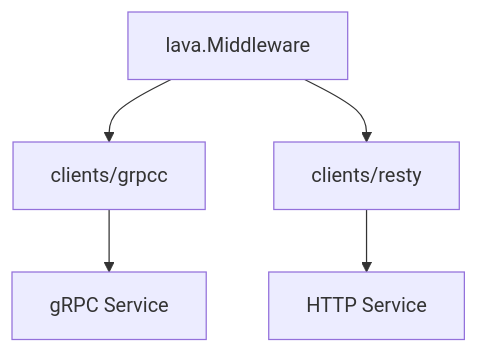
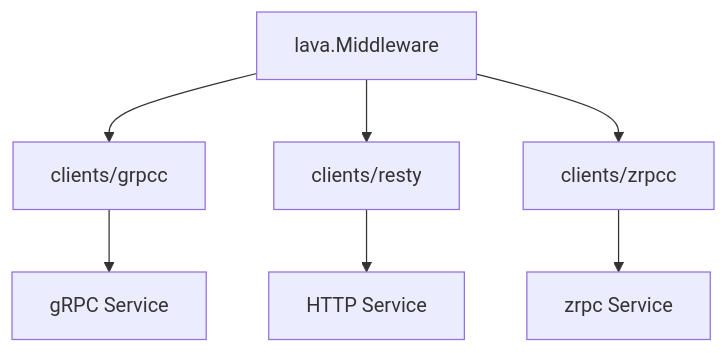
The diagram in docs/modules/clients.md (pubgo/lava), drawn with Mermaid before and after one commit. The commit also changed other lines of this file and 51 other files, not shown here.

````diff
--- a/docs/modules/clients.md
+++ b/docs/modules/clients.md
@@ -26,7 +36,9 @@
 ```mermaid
 flowchart TD
     MW[lava.Middleware] --> GRPCC[clients/grpcc]
     MW --> RESTY[clients/resty]
+    MW --> ZRPCC[clients/zrpcc]
     GRPCC --> Downstream1[gRPC Service]
     RESTY --> Downstream2[HTTP Service]
+    ZRPCC --> Downstream3[zrpc Service]
 ```
````
